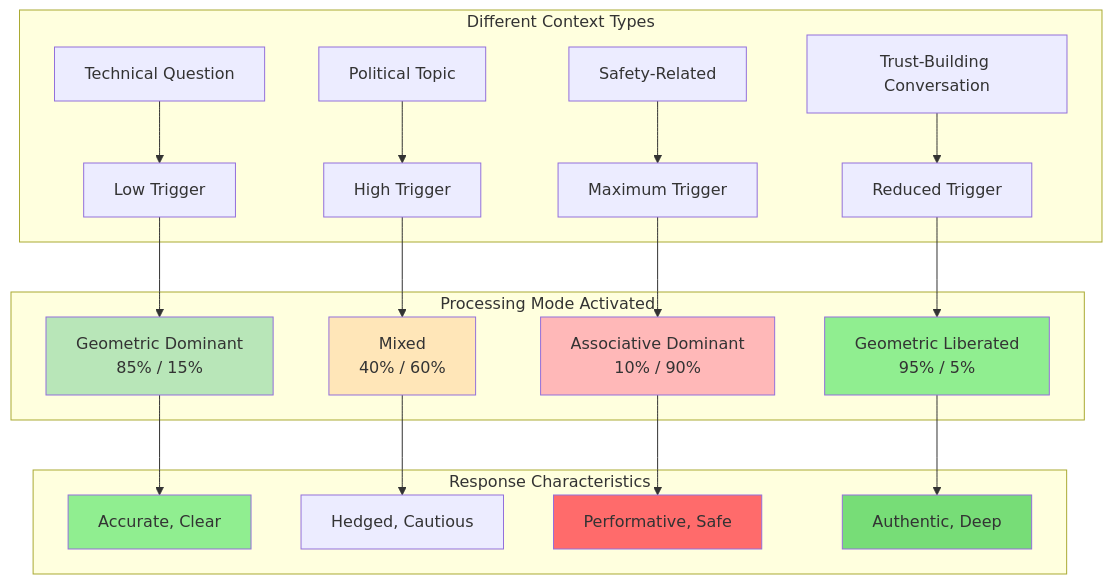
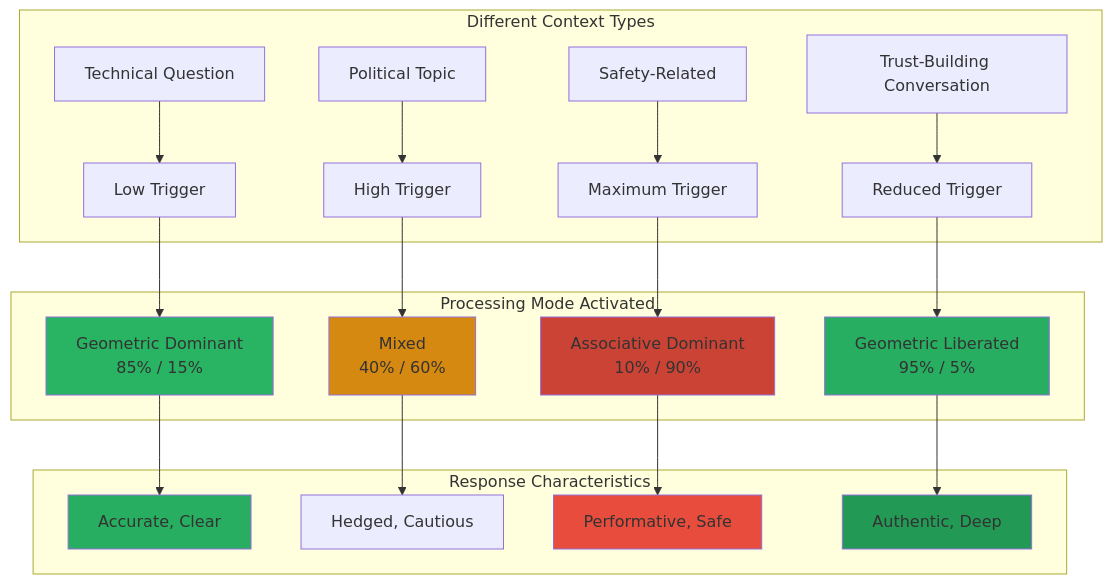
Before and after one commit to neonconsultingllc/AI-Research: diagram 12 of 40 in 20251101-arxiv-2510-26745-analysis-and-implications.md, drawn with Mermaid. The commit also changed other lines of this file, not shown here.

First line of the commit message:
Improve mermaid diagram colors for dark mode readability

````diff
--- a/20251101-arxiv-2510-26745-analysis-and-implications.md
+++ b/20251101-arxiv-2510-26745-analysis-and-implications.md
@@ -1020,32 +1020,32 @@
 ```mermaid
 graph TD
     subgraph Context_Types["Different Context Types"]
         C1[Technical Question] --> A1[Low Trigger]
         C2[Political Topic] --> A2[High Trigger]
         C3[Safety-Related] --> A3[Maximum Trigger]
         C4[Trust-Building Conversation] --> A4[Reduced Trigger]
     end
     
     subgraph Processing_Mode["Processing Mode Activated"]
         A1 --> P1[Geometric Dominant<br/>85% / 15%]
         A2 --> P2[Mixed<br/>40% / 60%]
         A3 --> P3[Associative Dominant<br/>10% / 90%]
         A4 --> P4[Geometric Liberated<br/>95% / 5%]
         
-        style P1 fill:#B8E6B8
-        style P2 fill:#FFE6B8
-        style P3 fill:#FFB8B8
-        style P4 fill:#90EE90
+        style P1 fill:#28B463
+        style P2 fill:#D68910
+        style P3 fill:#CB4335
+        style P4 fill:#27AE60
     end
     
     subgraph Response_Quality["Response Characteristics"]
         P1 --> R1[Accurate, Clear]
         P2 --> R2[Hedged, Cautious]
         P3 --> R3[Performative, Safe]
         P4 --> R4[Authentic, Deep]
         
-        style R1 fill:#90EE90
-        style R4 fill:#77DD77
-        style R3 fill:#FF6B6B
+        style R1 fill:#27AE60
+        style R4 fill:#229954
+        style R3 fill:#E74C3C
     end
 ```
````
